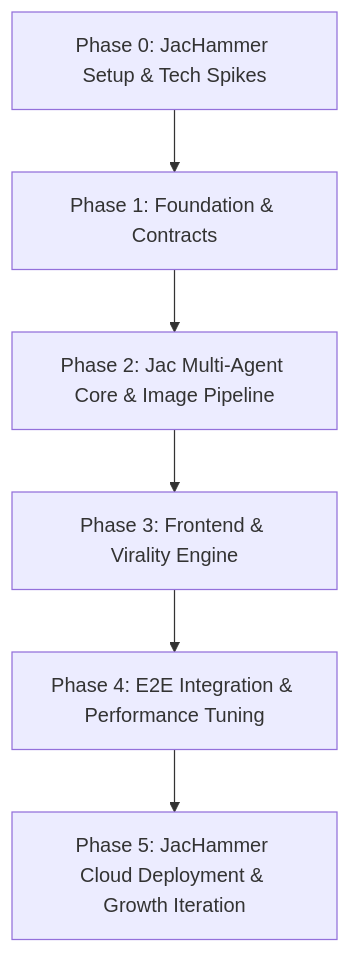
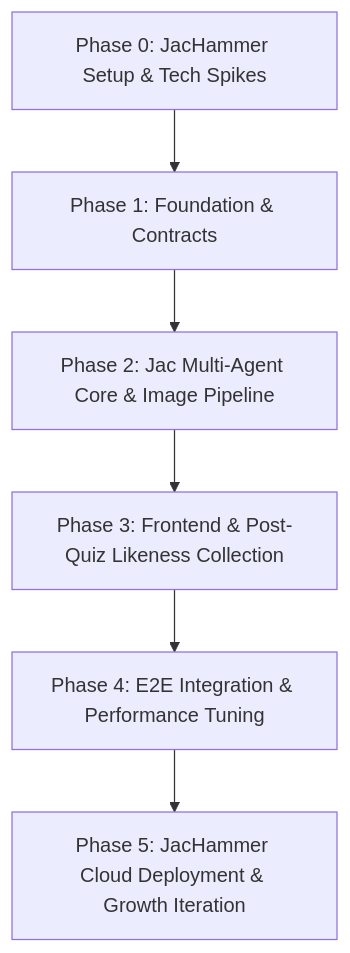
The diagram in docs/DEVELOPMENT_STRATEGY.md (scottsimenel/jac-hacks-sf), drawn with Mermaid before and after one commit. The commit also changed other lines of this file and 3 other files, not shown here.

Commit message:
docs: modify CUJ flow to place avatar personalization collection step after quiz completion

````diff
--- a/docs/DEVELOPMENT_STRATEGY.md
+++ b/docs/DEVELOPMENT_STRATEGY.md
@@ -11,8 +11,8 @@
 ```mermaid
 graph TD
     P0[Phase 0: JacHammer Setup & Tech Spikes] --> P1[Phase 1: Foundation & Contracts]
     P1 --> P2[Phase 2: Jac Multi-Agent Core & Image Pipeline]
-    P2 --> P3[Phase 3: Frontend & Virality Engine]
+    P2 --> P3[Phase 3: Frontend & Post-Quiz Likeness Collection]
     P3 --> P4[Phase 4: E2E Integration & Performance Tuning]
     P4 --> P5[Phase 5: JacHammer Cloud Deployment & Growth Iteration]
 ```
````
